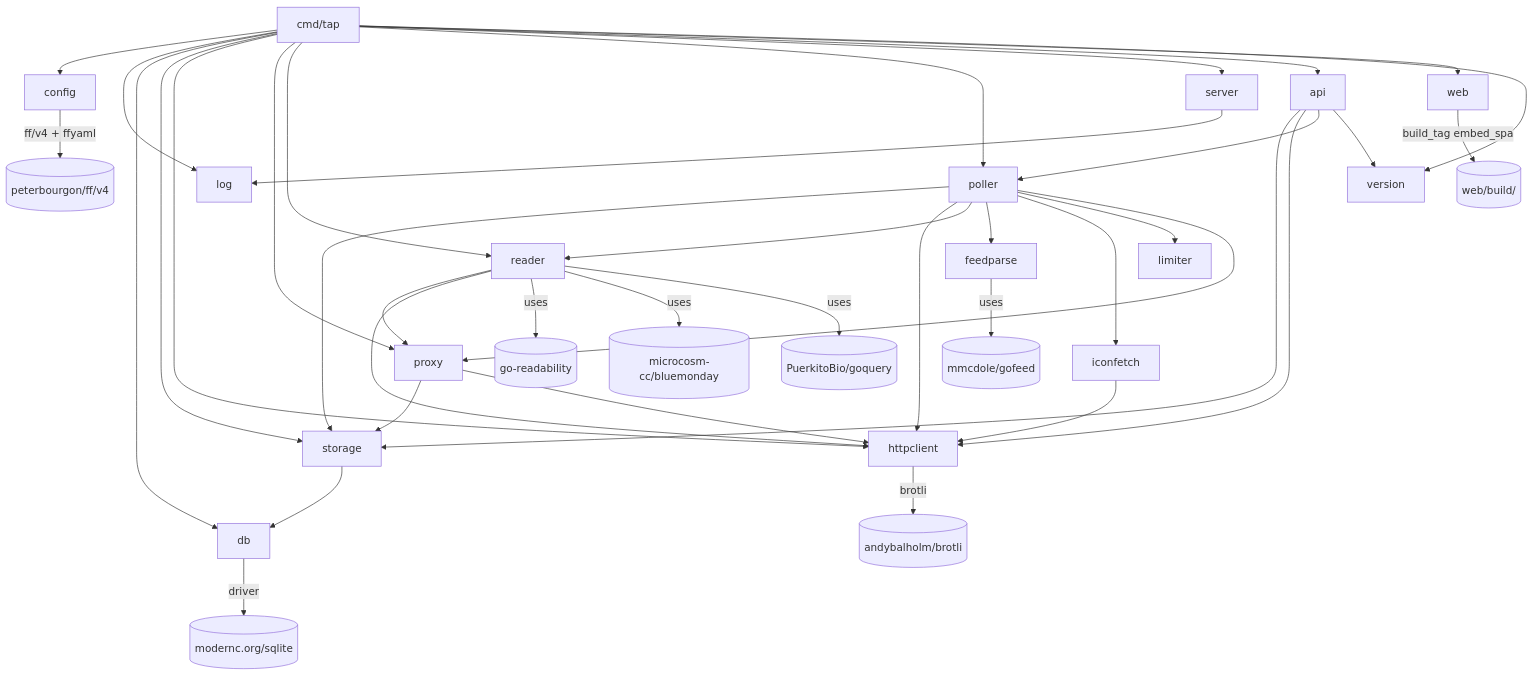
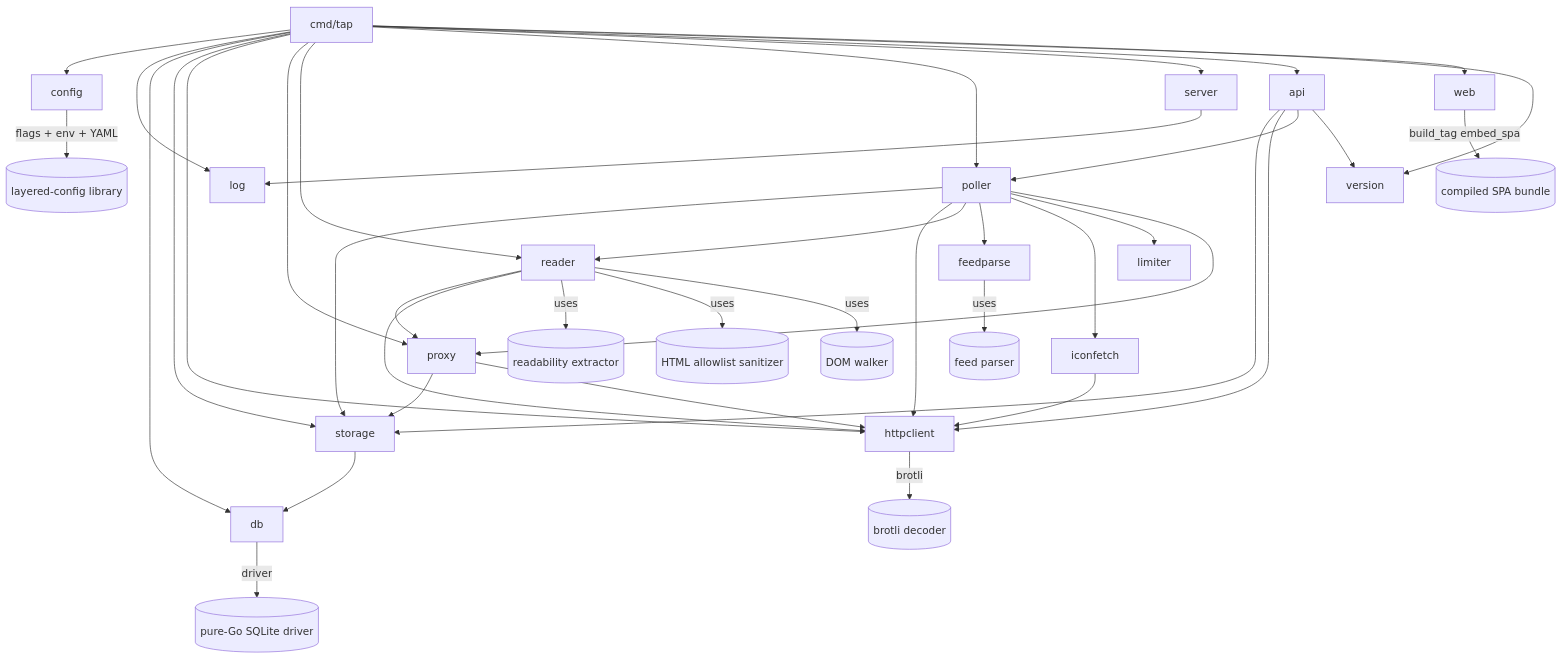
The second of 2 diagrams in docs/design.md (bcrisp4/tap), drawn with Mermaid before and after one commit. The commit also changed other lines of this file, not shown here.

````diff
--- a/docs/design.md
+++ b/docs/design.md
@@ -229,48 +240,48 @@
 ```mermaid
 graph TD
   cmd[cmd/tap] --> config
   cmd --> log
   cmd --> db
   cmd --> storage
   cmd --> httpclient
   cmd --> proxy
   cmd --> reader
   cmd --> poller
   cmd --> server
   cmd --> api
   cmd --> web
   cmd --> version
 
   api --> storage
   api --> httpclient
   api --> poller
   api --> version
 
   poller --> storage
   poller --> httpclient
   poller --> reader
   poller --> feedparse
   poller --> iconfetch
   poller --> limiter
   poller --> proxy
 
   reader --> proxy
   reader --> httpclient
 
   proxy --> storage
   proxy --> httpclient
 
   iconfetch --> httpclient
-  feedparse -->|uses| gofeed[(mmcdole/gofeed)]
-  reader -->|uses| readability[(go-readability)]
-  reader -->|uses| bluemonday[(microcosm-cc/bluemonday)]
-  reader -->|uses| goquery[(PuerkitoBio/goquery)]
+  feedparse -->|uses| gofeed[(feed parser)]
+  reader -->|uses| readability[(readability extractor)]
+  reader -->|uses| bluemonday[(HTML allowlist sanitizer)]
+  reader -->|uses| goquery[(DOM walker)]
 
   storage --> db
-  db -->|driver| sqlite[(modernc.org/sqlite)]
-  httpclient -->|brotli| brotli[(andybalholm/brotli)]
-  config -->|ff/v4 + ffyaml| ff[(peterbourgon/ff/v4)]
+  db -->|driver| sqlite[(pure-Go SQLite driver)]
+  httpclient -->|brotli| brotli[(brotli decoder)]
+  config -->|flags + env + YAML| ff[(layered-config library)]
 
   server --> log
-  web -->|build_tag embed_spa| spa[(web/build/)]
+  web -->|build_tag embed_spa| spa[(compiled SPA bundle)]
 ```
````
